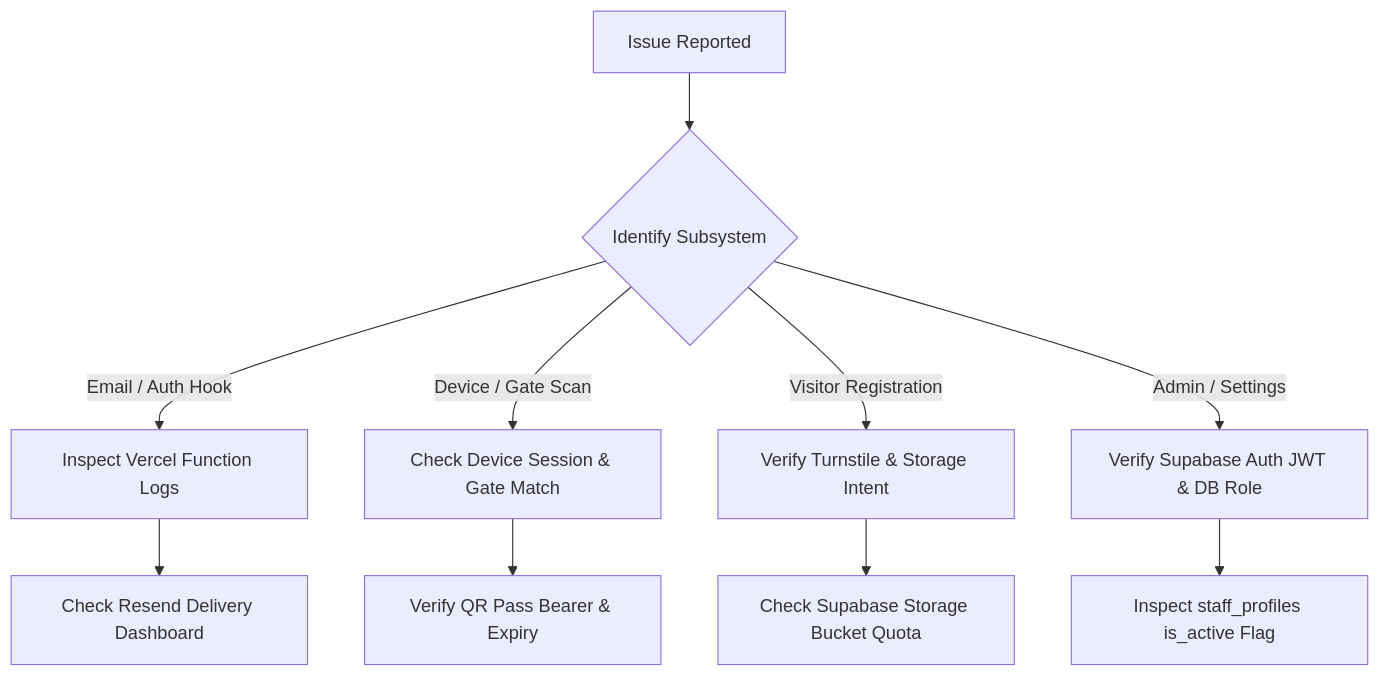
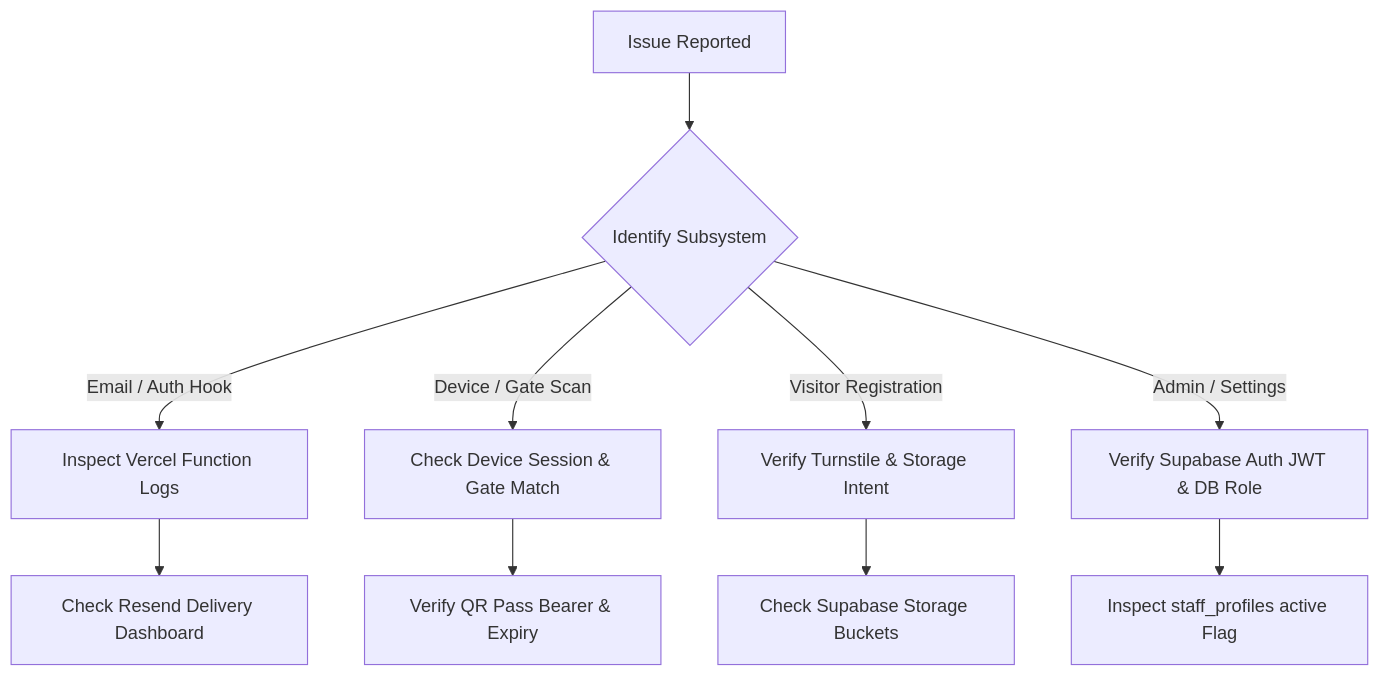
The diagram in docs/TROUBLESHOOTING.md (jsphhbna/egatepass), drawn with Mermaid before and after one commit. The commit also changed other lines of this file and 13 other files, not shown here.

Commit message:
docs(truthfulness): repair markdown formatting, mermaid blocks, and architectural truthfulness across all active documentation

````diff
--- a/docs/TROUBLESHOOTING.md
+++ b/docs/TROUBLESHOOTING.md
@@ -9,14 +9,14 @@
 ```mermaid
 flowchart TD
     Issue[Issue Reported] --> Category{Identify Subsystem}
 
     Category -->|Email / Auth Hook| HookCheck[Inspect Vercel Function Logs]
     Category -->|Device / Gate Scan| GateCheck[Check Device Session & Gate Match]
     Category -->|Visitor Registration| TurnstileCheck[Verify Turnstile & Storage Intent]
     Category -->|Admin / Settings| RLSCheck[Verify Supabase Auth JWT & DB Role]
 
     HookCheck --> Resend[Check Resend Delivery Dashboard]
     GateCheck --> QR[Verify QR Pass Bearer & Expiry]
-    TurnstileCheck --> Storage[Check Supabase Storage Bucket Quota]
-    RLSCheck --> Profile[Inspect staff_profiles is_active Flag]
+    TurnstileCheck --> Storage[Check Supabase Storage Buckets]
+    RLSCheck --> Profile[Inspect staff_profiles active Flag]
 ```
````
